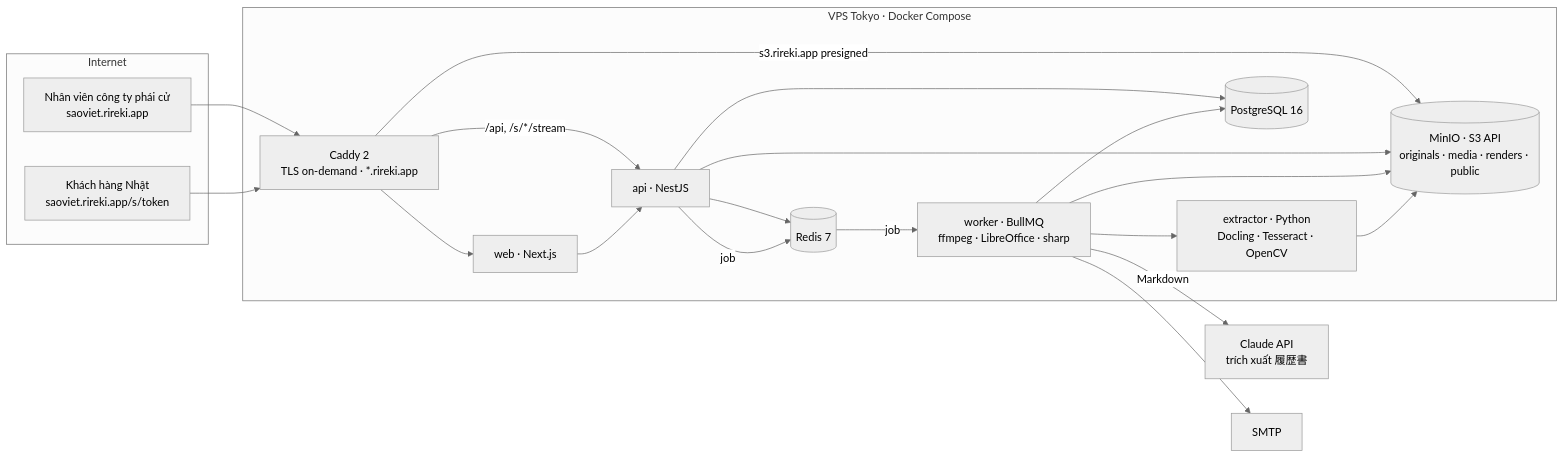
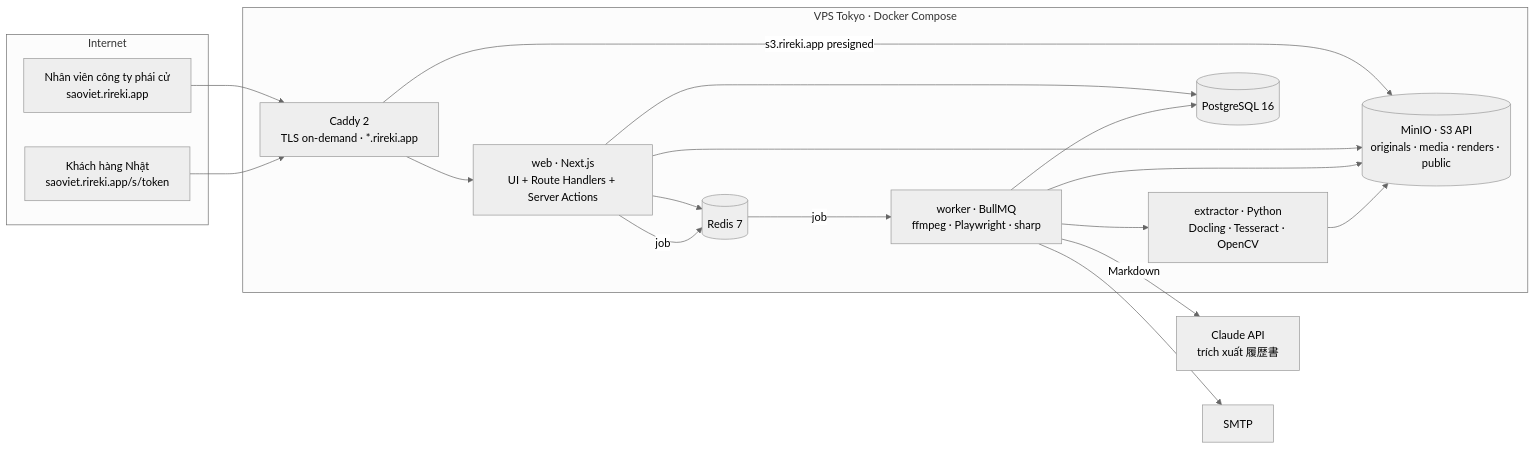
Before and after one commit to bangdh/rireki: the first of 2 diagrams in docs/tech-stack.md, drawn with Mermaid (neutral theme). The commit also changed other lines of this file and 8 other files, not shown here.

````diff
--- a/docs/tech-stack.md
+++ b/docs/tech-stack.md
@@ -26,36 +27,33 @@
 ```mermaid
 flowchart LR
   subgraph Internet
     Staff[Nhân viên công ty phái cử<br/>saoviet.rireki.app]
     Client[Khách hàng Nhật<br/>saoviet.rireki.app/s/token]
   end
   subgraph VPS["VPS Tokyo · Docker Compose"]
     Caddy[Caddy 2<br/>TLS on-demand · *.rireki.app]
-    Web[web · Next.js]
-    API[api · NestJS]
-    Worker[worker · BullMQ<br/>ffmpeg · LibreOffice · sharp]
+    Web[web · Next.js<br/>UI + Route Handlers + Server Actions]
+    Worker[worker · BullMQ<br/>ffmpeg · Playwright · sharp]
     Extractor[extractor · Python<br/>Docling · Tesseract · OpenCV]
     PG[(PostgreSQL 16)]
     Redis[(Redis 7)]
     MinIO[(MinIO · S3 API<br/>originals · media · renders · public)]
   end
   Claude[Claude API<br/>trích xuất 履歴書]
   SMTP[SMTP]
   Staff --> Caddy
   Client --> Caddy
   Caddy --> Web
-  Caddy -->|/api, /s/*/stream| API
   Caddy -->|s3.rireki.app presigned| MinIO
-  Web --> API
-  API --> PG
-  API --> Redis
-  API --> MinIO
-  API -->|job| Redis
+  Web --> PG
+  Web --> Redis
+  Web --> MinIO
+  Web -->|job| Redis
   Redis -->|job| Worker
   Worker --> MinIO
   Worker --> PG
   Worker --> Extractor
   Extractor --> MinIO
   Worker -->|Markdown| Claude
   Worker --> SMTP
 ```
````
